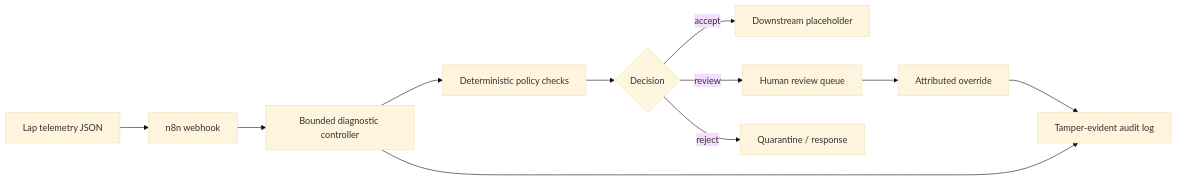
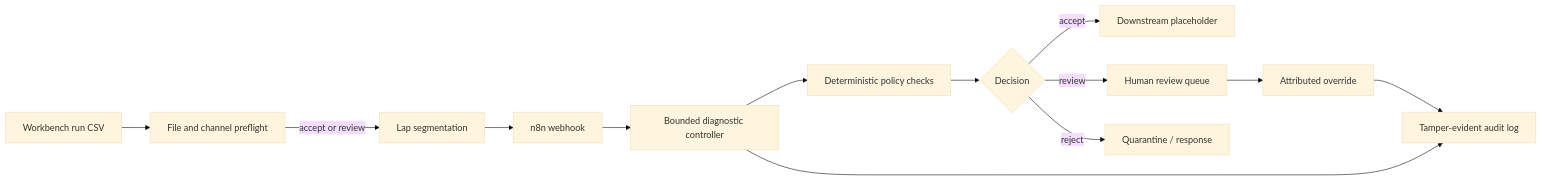
The diagram in README.md (Kaezzey/motorsport-n8n), drawn with Mermaid (base theme) before and after one commit. The commit also changed other lines of this file and 22 other files, not shown here.

First line of the commit message:
feat: Implement full-file validation and preflight checks for telemetry data ingestion

````diff
--- a/README.md
+++ b/README.md
@@ -20,13 +21,15 @@
 ```mermaid
 flowchart LR
-    A["Lap telemetry JSON"] --> B["n8n webhook"]
-    B --> C["Bounded diagnostic controller"]
-    C --> D["Deterministic policy checks"]
-    D --> E{"Decision"}
-    E -->|accept| F["Downstream placeholder"]
-    E -->|review| G["Human review queue"]
-    E -->|reject| H["Quarantine / response"]
-    C --> I["Tamper-evident audit log"]
-    G --> J["Attributed override"]
-    J --> I
+    Z["Workbench run CSV"] --> A["File and channel preflight"]
+    A -->|accept or review| B["Lap segmentation"]
+    B --> C["n8n webhook"]
+    C --> D["Bounded diagnostic controller"]
+    D --> E["Deterministic policy checks"]
+    E --> F{"Decision"}
+    F -->|accept| G["Downstream placeholder"]
+    F -->|review| H["Human review queue"]
+    F -->|reject| I["Quarantine / response"]
+    D --> J["Tamper-evident audit log"]
+    H --> K["Attributed override"]
+    K --> J
 ```
````
